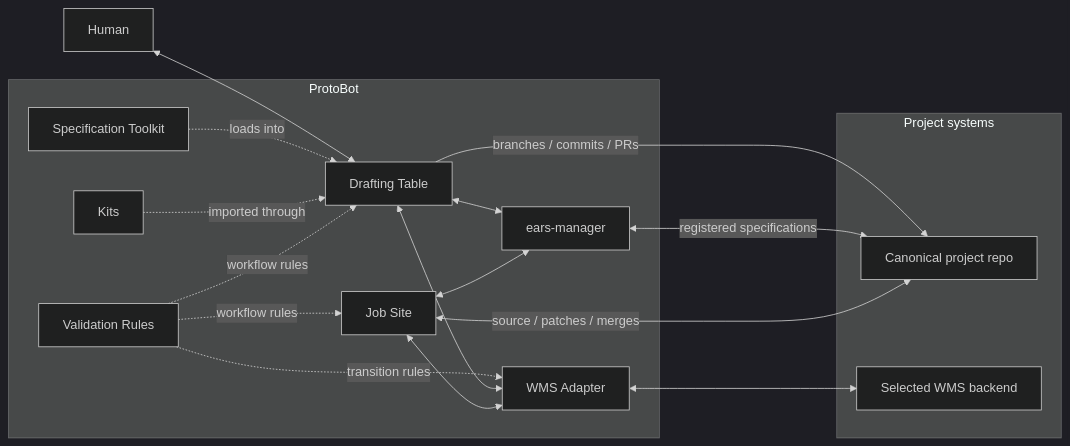
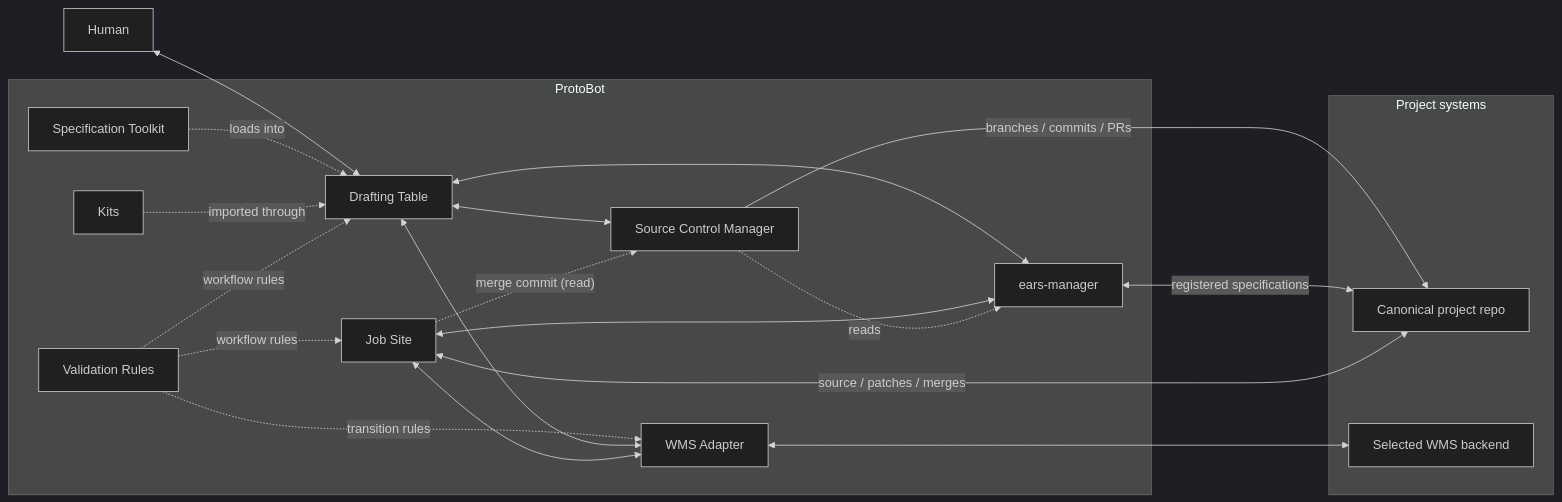
Before and after one commit to JohnStrunk/ProtoBot: the first of 5 diagrams in docs/architecture/components.md, drawn with Mermaid (dark theme). The commit also changed other lines of this file and 13 other files, not shown here.

Commit message:
docs(125) - Source Control Manager

````diff
--- a/docs/architecture/components.md
+++ b/docs/architecture/components.md
@@ -34,36 +35,40 @@
 ```mermaid
 flowchart LR
     User["Human"]
 
     subgraph ProtoBot["ProtoBot"]
         DT["Drafting Table"]
         Toolkit["Specification Toolkit"]
         Kits["Kits"]
         EM["ears-manager"]
         WMSA["WMS Adapter"]
+        SCM["Source Control Manager"]
         Valid["Validation Rules"]
         JS["Job Site"]
     end
 
     subgraph ProjectSystems["Project systems"]
         Repo["Canonical project repo"]
         WMS["Selected WMS backend"]
     end
 
     User <--> DT
     Toolkit -. "loads into" .-> DT
     Kits -. "imported through" .-> DT
     Valid -. "workflow rules" .-> DT
     Valid -. "transition rules" .-> WMSA
     Valid -. "workflow rules" .-> JS
 
     DT <--> EM
     DT <--> WMSA
+    DT <--> SCM
     JS <--> EM
     JS <--> WMSA
+    JS -. "merge commit (read)" .-> SCM
 
-    DT -->|"branches / commits / PRs"| Repo
+    SCM -. "reads" .-> EM
+    SCM -->|"branches / commits / PRs"| Repo
     EM <-->|"registered specifications"| Repo
     JS <-->|"source / patches / merges"| Repo
     WMSA <--> WMS
 ```
````
